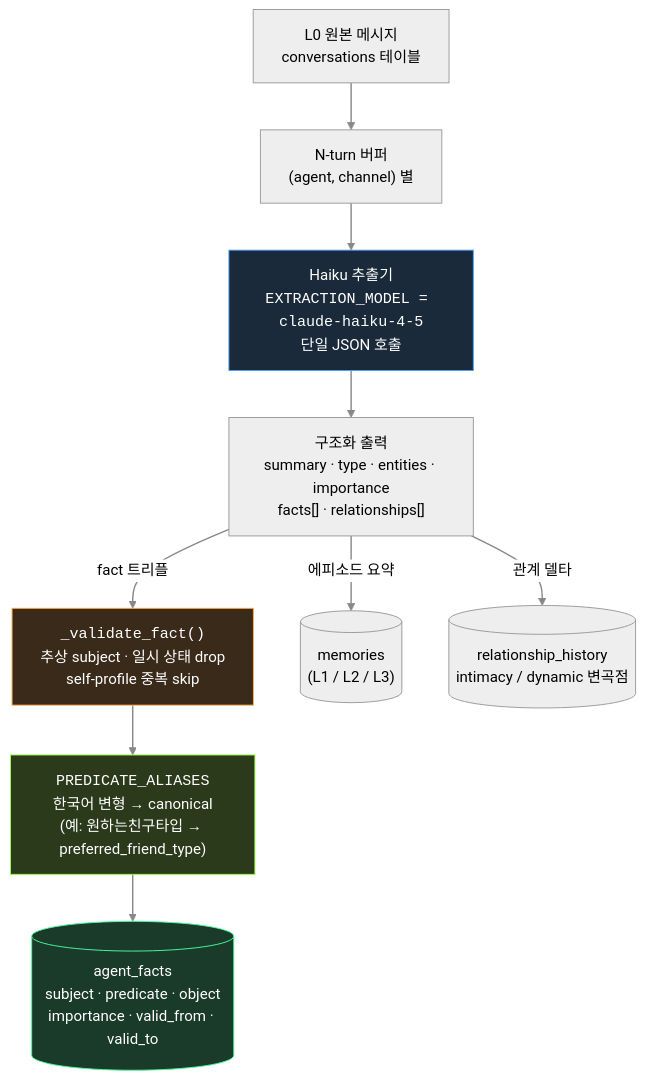
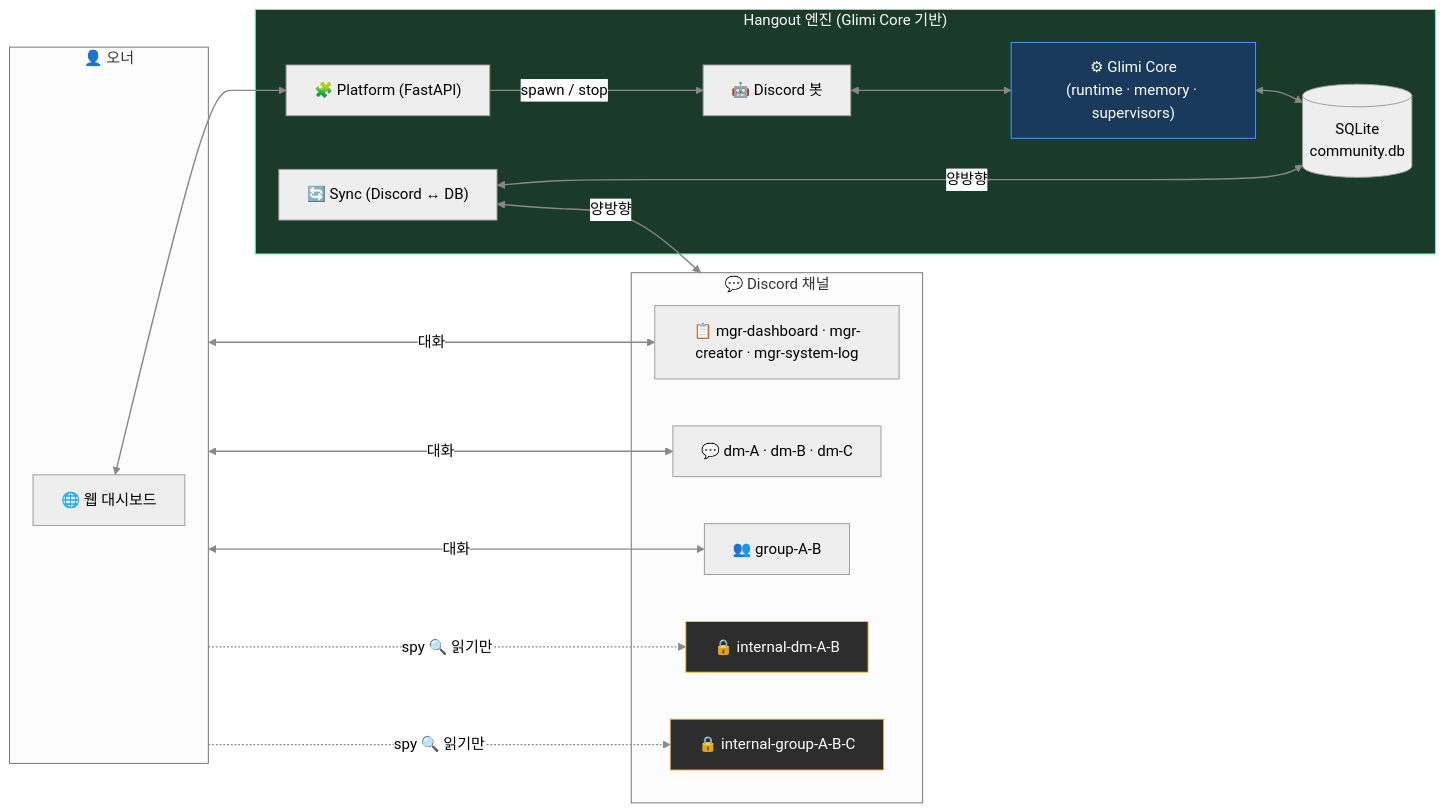
Before and after one commit to je-empty/Glimi: the third of 3 diagrams in README.ko.md, drawn with Mermaid (neutral theme). The commit also changed other lines of this file and 2 other files, not shown here.

Commit message:
docs: Glimi umbrella 리브랜딩 (Core + Hangout) + LICENSE Apache-2.0

````diff
--- a/README.ko.md
+++ b/README.ko.md
@@ -495,23 +257,36 @@
 ```mermaid
-flowchart TB
+flowchart LR
     linkStyle default stroke:#888,stroke-width:1.5px
-    Raw["L0 원본 메시지<br/>conversations 테이블"]
-    Buf["N-turn 버퍼<br/>(agent, channel) 별"]
-    Haiku["Haiku 추출기<br/><code>EXTRACTION_MODEL = claude-haiku-4-5</code><br/>단일 JSON 호출"]
-    Out["구조화 출력<br/>summary · type · entities · importance<br/>facts[] · relationships[]"]
-    Valid["<code>_validate_fact()</code><br/>추상 subject · 일시 상태 drop<br/>self-profile 중복 skip"]
-    Norm["<code>PREDICATE_ALIASES</code><br/>한국어 변형 → canonical<br/>(예: 원하는친구타입 → preferred_friend_type)"]
-    Store1[("memories<br/>(L1 / L2 / L3)")]
-    Store2[("agent_facts<br/>subject · predicate · object<br/>importance · valid_from · valid_to")]
-    Store3[("relationship_history<br/>intimacy / dynamic 변곡점")]
+    subgraph Owner["👤 오너"]
+        Browser["🌐 웹 대시보드"]
+    end
 
-    Raw --> Buf --> Haiku --> Out
-    Out -->|"에피소드 요약"| Store1
-    Out -->|"fact 트리플"| Valid --> Norm --> Store2
-    Out -->|"관계 델타"| Store3
+    subgraph Engine["Hangout 엔진 (Glimi Core 기반)"]
+        Plat["🧩 Platform (FastAPI)"]
+        Bot["🤖 Discord 봇"]
+        Core["⚙ Glimi Core<br/>(runtime · memory · supervisors)"]
+        DB[("SQLite<br/>community.db")]
+        Sync["🔄 Sync (Discord ↔ DB)"]
+    end
 
-    style Haiku fill:#1a2a3a,stroke:#4a9eff,color:#fff
-    style Valid fill:#3a2a1a,stroke:#ffaa4a,color:#fff
-    style Norm fill:#2a3a1a,stroke:#9aff4a,color:#fff
-    style Store2 fill:#1a3a2a,stroke:#4aff9e,color:#fff
+    subgraph Discord["💬 Discord 채널"]
+        Mgr["📋 mgr-dashboard · mgr-creator · mgr-system-log"]
+        DM["💬 dm-A · dm-B · dm-C"]
+        Grp["👥 group-A-B"]
+        SecDM["🔒 internal-dm-A-B"]
+        SecGrp["🔒 internal-group-A-B-C"]
+    end
+
+    Browser <--> Plat
+    Plat -->|"spawn / stop"| Bot
+    Owner <-->|"대화"| Mgr & DM & Grp
+    Owner -. "spy 🔍 읽기만" .-> SecDM & SecGrp
+    Bot <--> Core
+    Core <--> DB
+    Sync <-->|"양방향"| DB & Discord
+
+    style Engine fill:#1a3a2a,stroke:#4aff9e,color:#fff
+    style Core fill:#1a3a5c,stroke:#4a9eff,color:#fff
+    style SecDM fill:#2d2d2d,stroke:#f5c542,color:#fff
+    style SecGrp fill:#2d2d2d,stroke:#f5a142,color:#fff
 ```
````
